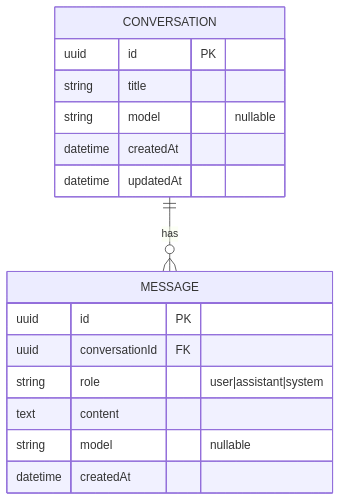
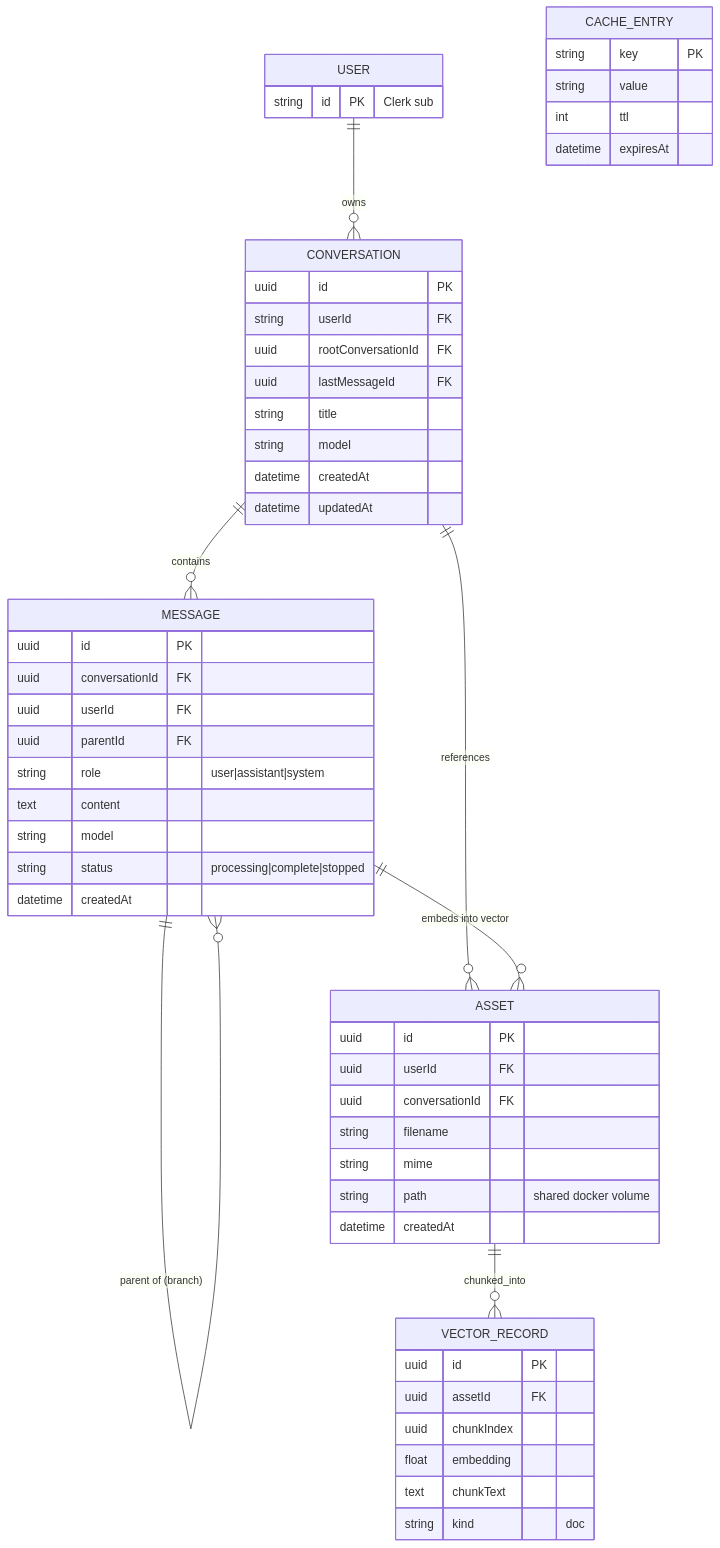
Before and after one commit to Glitch-guy0/chaiGPT: the first of 3 diagrams in _bmad-output/planning-artifacts/07-entity.md, drawn with Mermaid. The commit also changed other lines of this file and 5 other files, not shown here.

````diff
--- a/_bmad-output/planning-artifacts/07-entity.md
+++ b/_bmad-output/planning-artifacts/07-entity.md
@@ -5,19 +5,56 @@
 ```mermaid
 erDiagram
+    USER {
+        string id PK "Clerk sub"
+    }
     CONVERSATION {
         uuid id PK
+        string userId FK
+        uuid rootConversationId FK
+        uuid lastMessageId FK
         string title
-        string model "nullable"
+        string model
         datetime createdAt
         datetime updatedAt
     }
     MESSAGE {
         uuid id PK
         uuid conversationId FK
+        uuid userId FK
+        uuid parentId FK
         string role "user|assistant|system"
         text content
-        string model "nullable"
+        string model
+        string status "processing|complete|stopped"
         datetime createdAt
     }
-    CONVERSATION ||--o{ MESSAGE : "has"
+    ASSET {
+        uuid id PK
+        uuid userId FK
+        uuid conversationId FK
+        string filename
+        string mime
+        string path "shared docker volume"
+        datetime createdAt
+    }
+    CACHE_ENTRY {
+        string key PK
+        string value
+        int ttl
+        datetime expiresAt
+    }
+    VECTOR_RECORD {
+        uuid id PK
+        uuid assetId FK
+        uuid chunkIndex
+        float embedding
+        text chunkText
+        string kind "doc"
+    }
+    USER ||--o{ CONVERSATION : owns
+    CONVERSATION ||--o{ MESSAGE : contains
+    MESSAGE ||--o{ MESSAGE : "parent of (branch)"
+    CONVERSATION ||--o{ ASSET : references
+    MESSAGE ||--o{ ASSET : "embeds into vector"
+    ASSET ||--o{ VECTOR_RECORD : chunked_into
 ```
````
